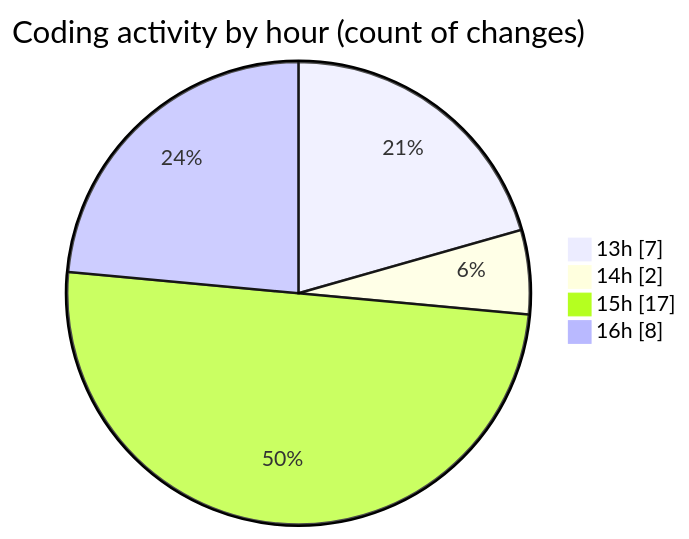
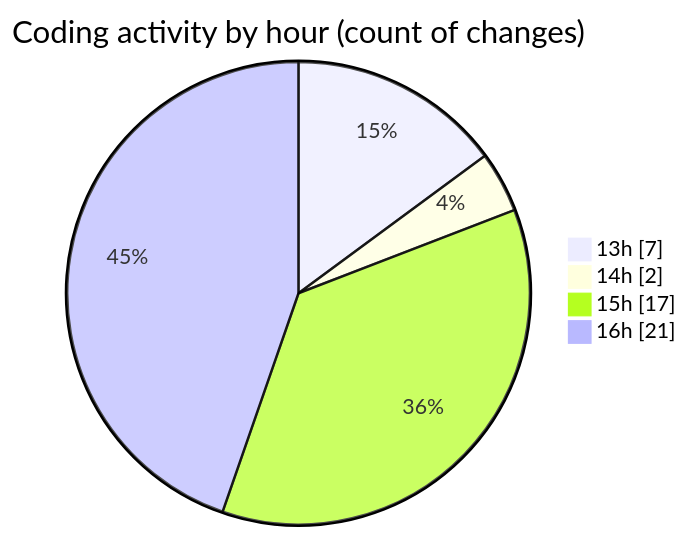
One commit to charlie-sans/code-tracking changed the second of 2 diagrams in 2025-02-24/micros/README.md. Above: the diagram before and after it, drawn with Mermaid. The commit also changed other lines of this file and 1 other file, not shown here.

````diff
--- a/2025-02-24/micros/README.md
+++ b/2025-02-24/micros/README.md
@@ -40,8 +42,8 @@
 ```mermaid
 pie showData
 title Coding activity by hour (count of changes)
 "13h" : 7
 "14h" : 2
 "15h" : 17
-"16h" : 8
+"16h" : 21
 ```
````
